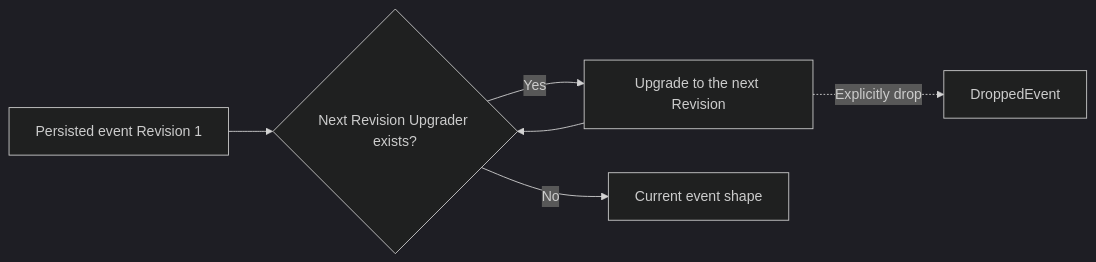
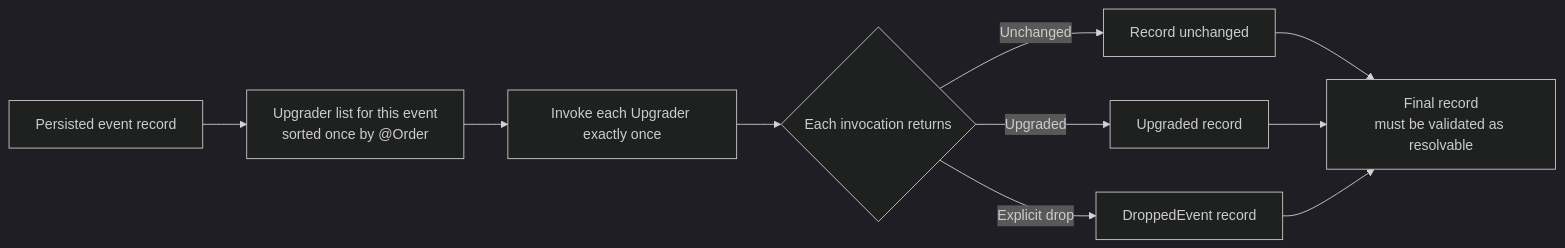
One commit to Ahoo-Wang/Wow changed the diagram in documentation/docs/en/guide/domain/event-evolution.md. Above: the diagram before and after it, drawn with Mermaid (dark theme). The commit also changed other lines of this file and 11 other files, not shown here.

Commit message:
docs: correct final diagram semantics

````diff
--- a/documentation/docs/en/guide/domain/event-evolution.md
+++ b/documentation/docs/en/guide/domain/event-evolution.md
@@ -11,8 +11,12 @@
 ```mermaid
 flowchart LR
-    Persisted["Persisted event Revision 1"] --> Lookup{"Next Revision Upgrader exists?"}
-    Lookup -->|Yes| Upgrade["Upgrade to the next Revision"]
-    Upgrade --> Lookup
-    Lookup -->|No| Current["Current event shape"]
-    Upgrade -. "Explicitly drop" .-> Dropped["DroppedEvent"]
+    Persisted["Persisted event record"] --> Ordered["Upgrader list for this event<br/>sorted once by @Order"]
+    Ordered --> Apply["Invoke each Upgrader exactly once"]
+    Apply --> Result{"Each invocation returns"}
+    Result -->|Unchanged| Unchanged["Record unchanged"]
+    Result -->|Upgraded| Upgraded["Upgraded record"]
+    Result -->|Explicit drop| Dropped["DroppedEvent record"]
+    Unchanged --> Final["Final record<br/>must be validated as resolvable"]
+    Upgraded --> Final
+    Dropped --> Final
 ```
````
